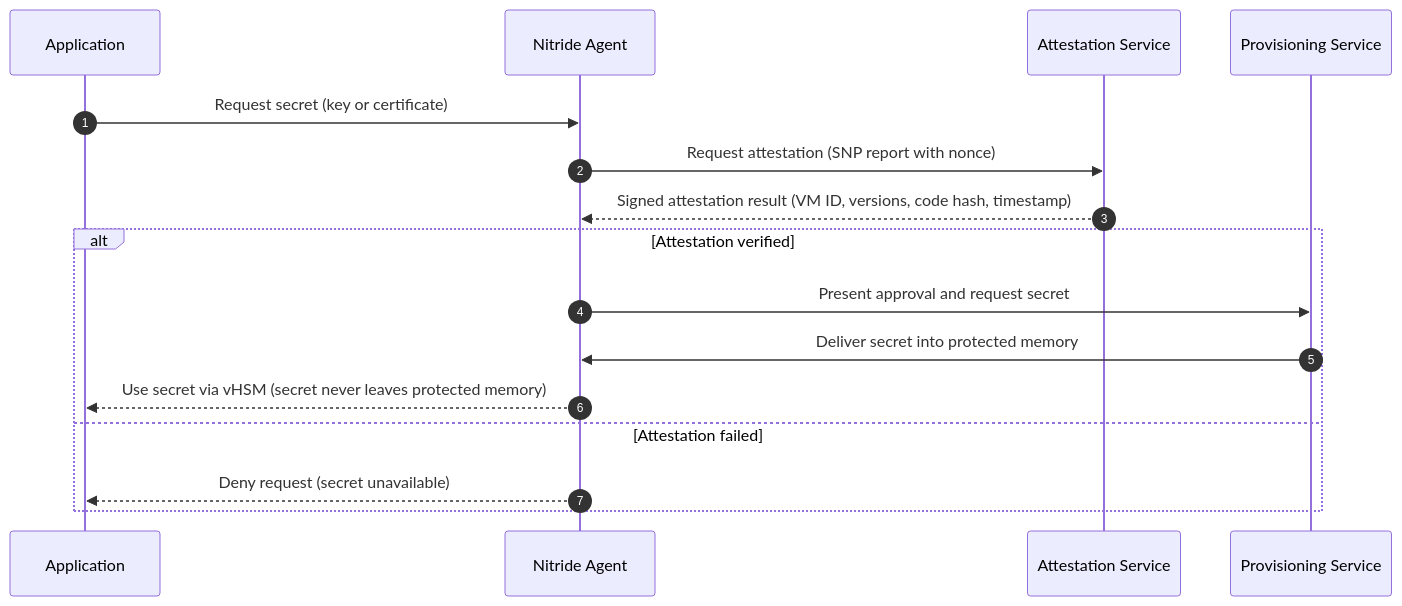
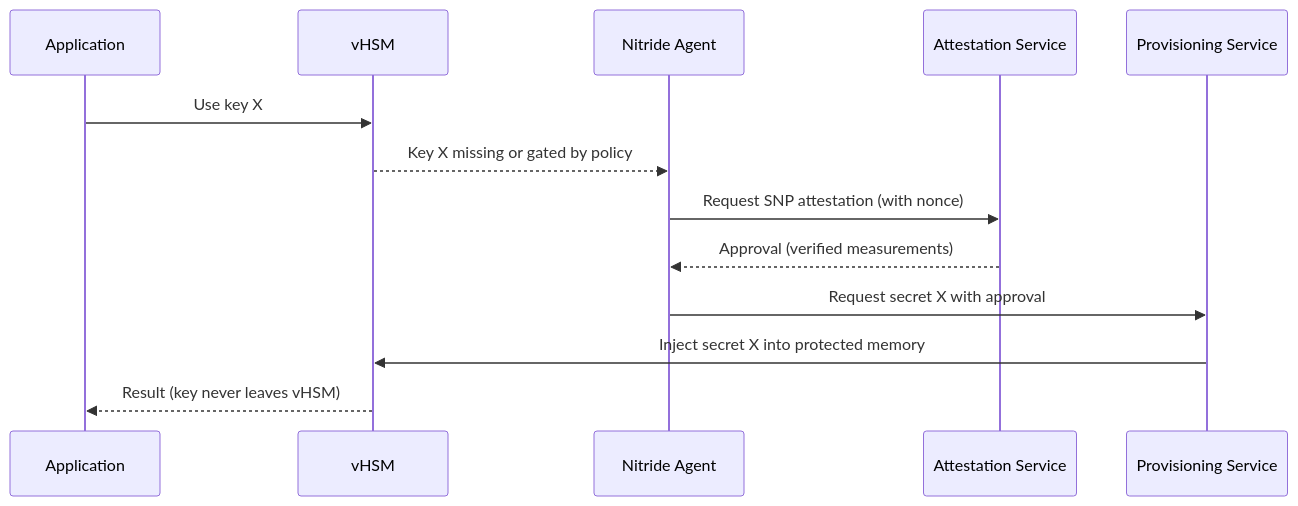
One commit to ahmedmarzougui-enclaive/Confidential-Computing changed the second of 2 diagrams in README.md. Above: the diagram before and after it, drawn with Mermaid. The commit also changed other lines of this file, not shown here.

````diff
--- a/README.md
+++ b/README.md
@@ -38,18 +53,15 @@
 ```mermaid
 sequenceDiagram
-    autonumber
     participant App as Application
+    participant vHSM as vHSM
     participant Nitride as Nitride Agent
     participant Attest as Attestation Service
     participant Prov as Provisioning Service
-    App->>Nitride: Request secret (key or certificate)
-    Nitride->>Attest: Request attestation (SNP report with nonce)
-    Attest-->>Nitride: Signed attestation result (VM ID, versions, code hash, timestamp)
-    alt Attestation verified
-        Nitride->>Prov: Present approval and request secret
-        Prov->>Nitride: Deliver secret into protected memory
-        Nitride-->>App: Use secret via vHSM (secret never leaves protected memory)
-    else Attestation failed
-        Nitride-->>App: Deny request (secret unavailable)
-    end
+    App->>vHSM: Use key X
+    vHSM-->>Nitride: Key X missing or gated by policy
+    Nitride->>Attest: Request SNP attestation (with nonce)
+    Attest-->>Nitride: Approval (verified measurements)
+    Nitride->>Prov: Request secret X with approval
+    Prov->>vHSM: Inject secret X into protected memory
+    vHSM-->>App: Result (key never leaves vHSM)
 ```
````
